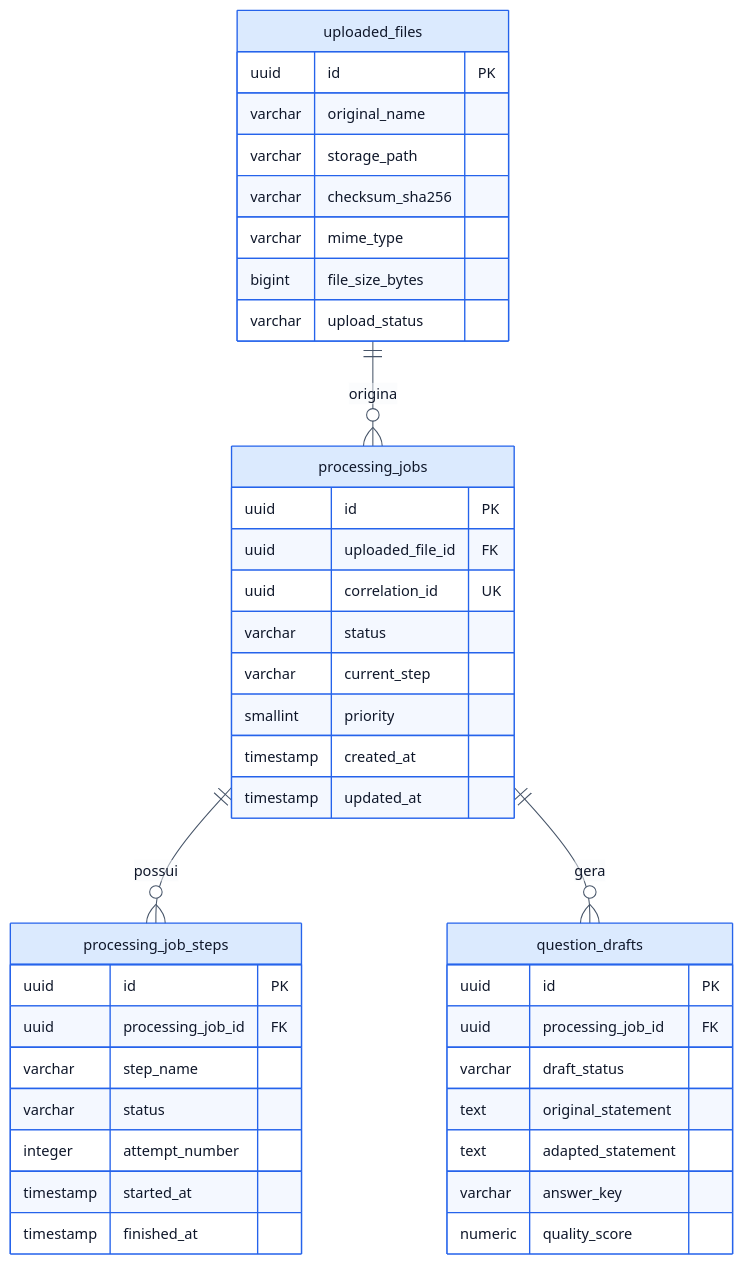
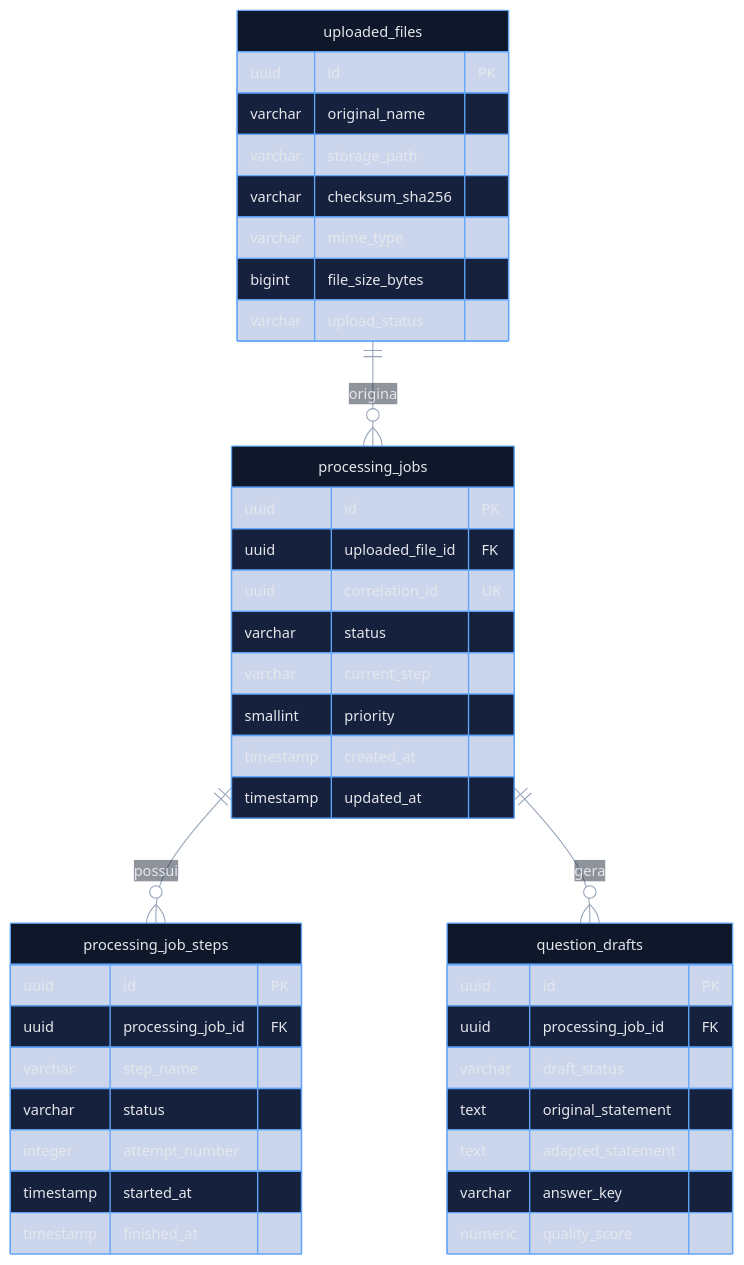
Before and after one commit to matheusdiamantino-betalent/IA: the fourth of 6 diagrams in README.md, drawn with Mermaid. The commit also changed other lines of this file, not shown here.

````diff
--- a/README.md
+++ b/README.md
@@ -761,59 +787,76 @@
 ```mermaid
 %%{init: {
   "theme": "base",
   "themeVariables": {
-    "primaryColor": "#dbeafe",
-    "primaryTextColor": "#0f172a",
-    "primaryBorderColor": "#2563eb",
-    "lineColor": "#475569",
-    "secondaryColor": "#ecfeff",
-    "tertiaryColor": "#f8fafc",
+    "background": "#020617",
+    "primaryColor": "#0f172a",
+    "primaryTextColor": "#e5e7eb",
+    "primaryBorderColor": "#60a5fa",
+    "lineColor": "#94a3b8",
+    "secondaryColor": "#111827",
+    "secondaryTextColor": "#e2e8f0",
+    "secondaryBorderColor": "#34d399",
+    "tertiaryColor": "#1e293b",
+    "tertiaryTextColor": "#f8fafc",
+    "noteBkgColor": "#1e293b",
+    "noteTextColor": "#e2e8f0",
+    "noteBorderColor": "#a78bfa",
+    "actorBkg": "#0f172a",
+    "actorTextColor": "#e5e7eb",
+    "actorBorder": "#60a5fa",
+    "actorLineColor": "#94a3b8",
+    "signalColor": "#cbd5e1",
+    "signalTextColor": "#e5e7eb",
+    "labelBoxBkgColor": "#111827",
+    "labelBoxBorderColor": "#475569",
+    "labelTextColor": "#e5e7eb",
+    "loopTextColor": "#f8fafc",
     "fontSize": "14px"
   }
 }}%%
 erDiagram
     uploaded_files {
         uuid id PK
         varchar original_name
         varchar storage_path
         varchar checksum_sha256
         varchar mime_type
         bigint file_size_bytes
         varchar upload_status
     }
 
     processing_jobs {
         uuid id PK
         uuid uploaded_file_id FK
         uuid correlation_id UK
         varchar status
         varchar current_step
         smallint priority
         timestamp created_at
         timestamp updated_at
     }
 
     processing_job_steps {
         uuid id PK
         uuid processing_job_id FK
         varchar step_name
         varchar status
         integer attempt_number
         timestamp started_at
         timestamp finished_at
     }
 
     question_drafts {
         uuid id PK
         uuid processing_job_id FK
         varchar draft_status
         text original_statement
         text adapted_statement
         varchar answer_key
         numeric quality_score
     }
 
     uploaded_files ||--o{ processing_jobs : "origina"
     processing_jobs ||--o{ processing_job_steps : "possui"
     processing_jobs ||--o{ question_drafts : "gera"
 ```
````
